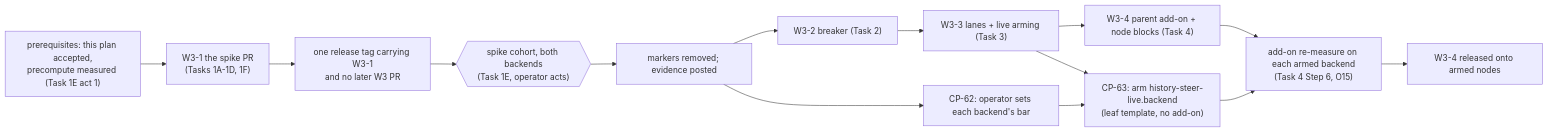
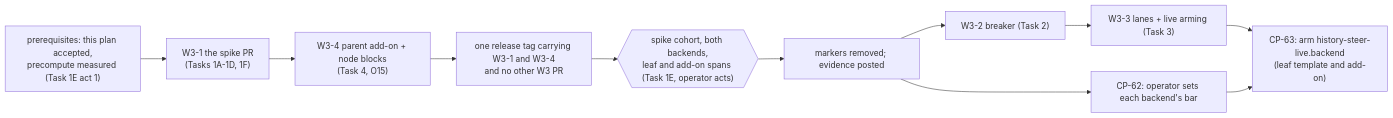
One commit to Synapsium-Labs/ccrc-pwa changed the diagram in docs/superpowers/plans/2026-10-29-ccrc-history-w3-steering.md. Above: the diagram before and after it, drawn with Mermaid. The commit also changed other lines of this file and 1 other file, not shown here.

````diff
--- a/docs/superpowers/plans/2026-10-29-ccrc-history-w3-steering.md
+++ b/docs/superpowers/plans/2026-10-29-ccrc-history-w3-steering.md
@@ -128,16 +128,13 @@
 ```mermaid
 flowchart LR
   P["prerequisites: this plan accepted,<br/>precompute measured (Task 1E act 1)"] --> T1["W3-1 the spike PR<br/>(Tasks 1A-1D, 1F)"]
-  T1 --> R1["one release tag carrying W3-1<br/>and no later W3 PR"]
-  R1 --> C{{"spike cohort, both backends<br/>(Task 1E, operator acts)"}}
+  T1 --> T4["W3-4 parent add-on + node blocks<br/>(Task 4, O15)"]
+  T4 --> R1["one release tag carrying W3-1 and W3-4<br/>and no other W3 PR"]
+  R1 --> C{{"spike cohort, both backends,<br/>leaf and add-on spans (Task 1E, operator acts)"}}
   C --> E["markers removed; evidence posted"]
   E --> B["CP-62: operator sets each backend's bar"]
   E --> T2["W3-2 breaker (Task 2)"]
   T2 --> T3["W3-3 lanes + live arming (Task 3)"]
-  T3 --> A["CP-63: arm history-steer-live.backend<br/>(leaf template, no add-on)"]
+  T3 --> A["CP-63: arm history-steer-live.backend<br/>(leaf template and add-on)"]
   B --> A
-  T3 --> T4["W3-4 parent add-on + node blocks (Task 4)"]
-  T4 --> M["add-on re-measure on each armed backend<br/>(Task 4 Step 6, O15)"]
-  A --> M
-  M --> R4["W3-4 released onto armed nodes"]
 ```
````
